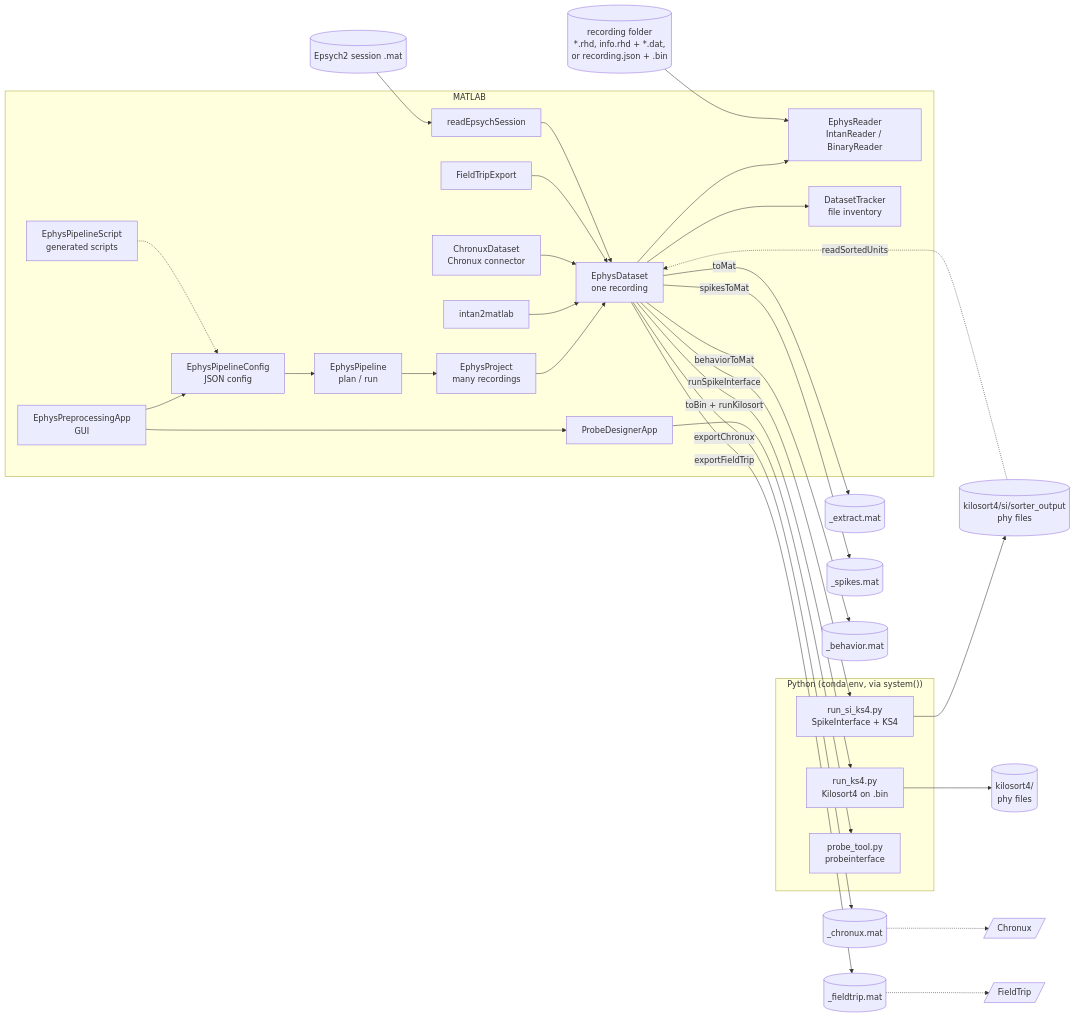
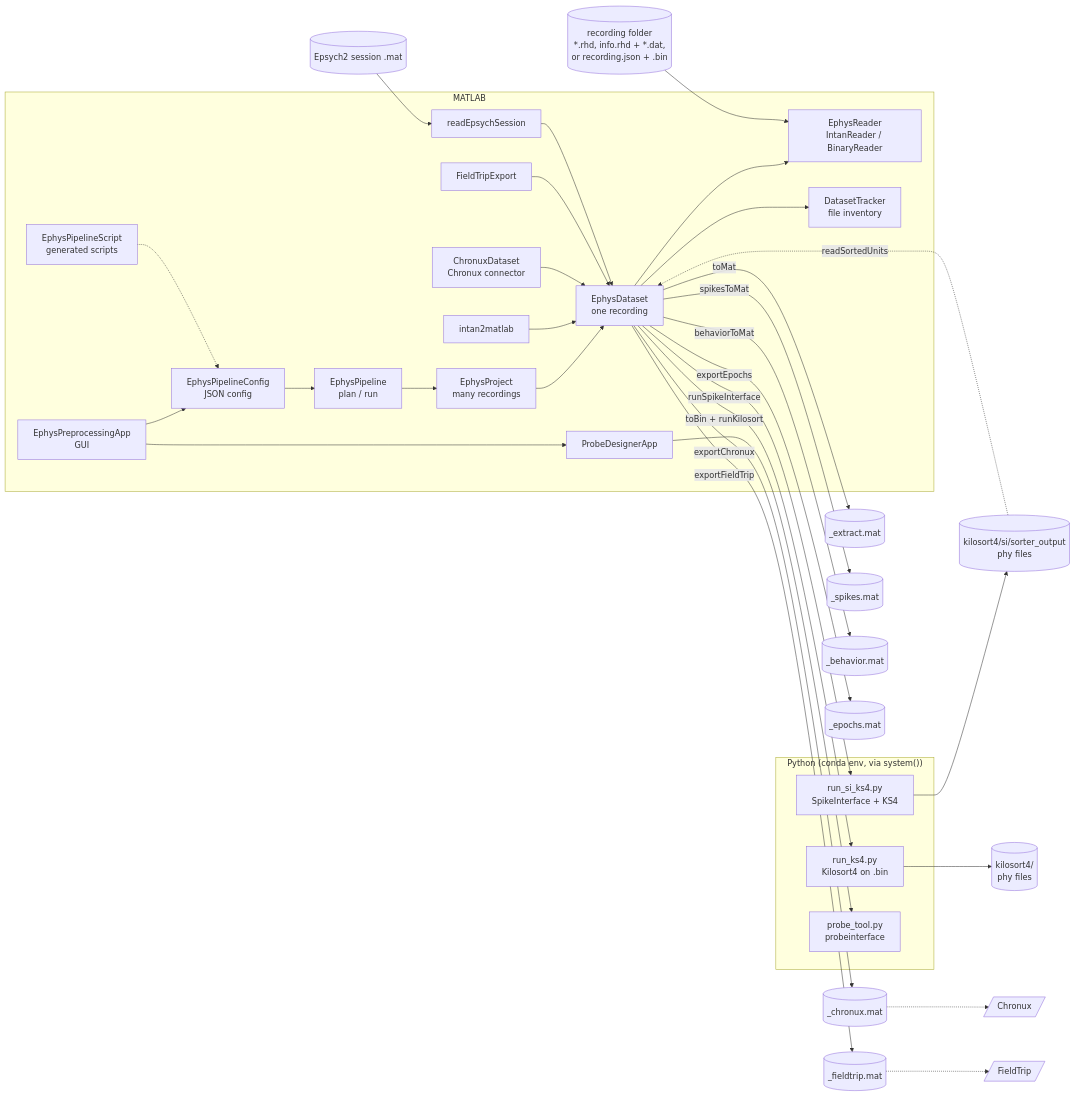
Before and after one commit to dstolz/ephys_analysis: the diagram in documentation/README.md, drawn with Mermaid. The commit also changed other lines of this file and 32 other files, not shown here.

````diff
--- a/documentation/README.md
+++ b/documentation/README.md
@@ -39,37 +39,38 @@
 ```mermaid
 flowchart LR
     subgraph MATLAB
         APP[EphysPreprocessingApp<br/>GUI] --> CFG[EphysPipelineConfig<br/>JSON config]
         CFG --> PIPE[EphysPipeline<br/>plan / run]
         SCR[EphysPipelineScript<br/>generated scripts] -.-> CFG
         APP --> PDA[ProbeDesignerApp]
         PIPE --> PRJ[EphysProject<br/>many recordings]
         PRJ --> DS[EphysDataset<br/>one recording]
         DS --> RD[EphysReader<br/>IntanReader / BinaryReader]
         DS --> DT[DatasetTracker<br/>file inventory]
         I2M[intan2matlab] --> DS
         CX[ChronuxDataset<br/>Chronux connector] --> DS
         FT[FieldTripExport] --> DS
         EP[readEpsychSession] --> DS
     end
     subgraph Python["Python (conda env, via system())"]
         SI[run_si_ks4.py<br/>SpikeInterface + KS4]
         KS[run_ks4.py<br/>Kilosort4 on .bin]
         PT[probe_tool.py<br/>probeinterface]
     end
     RAW[(recording folder<br/>*.rhd, info.rhd + *.dat,<br/>or recording.json + .bin)] --> RD
     BEH[(Epsych2 session .mat)] --> EP
     DS -- runSpikeInterface --> SI
     DS -- toBin + runKilosort --> KS
     PDA --> PT
     SI --> OUT[(kilosort4/si/sorter_output<br/>phy files)]
     KS --> OUT2[(kilosort4/<br/>phy files)]
     OUT -. readSortedUnits .-> DS
     DS -- toMat --> MAT[(_extract.mat)]
     DS -- spikesToMat --> SPK[(_spikes.mat)]
     DS -- behaviorToMat --> BMAT[(_behavior.mat)]
     DS -- exportChronux --> CHX[(_chronux.mat)]
     DS -- exportFieldTrip --> FTX[(_fieldtrip.mat)]
+    DS -- exportEpochs --> EPO[(_epochs.mat)]
     CHX -.-> CHRONUX[/Chronux/]
     FTX -.-> FIELDTRIP[/FieldTrip/]
 ```
````
